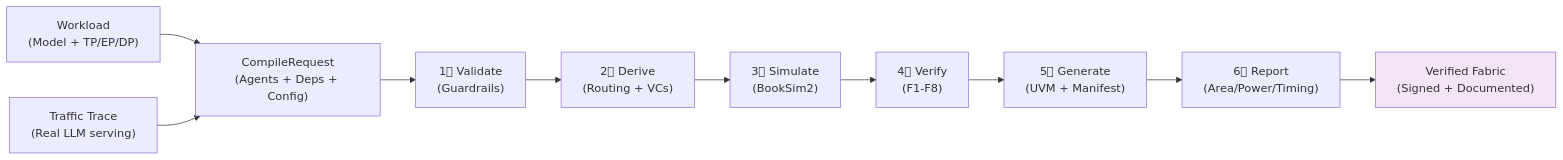
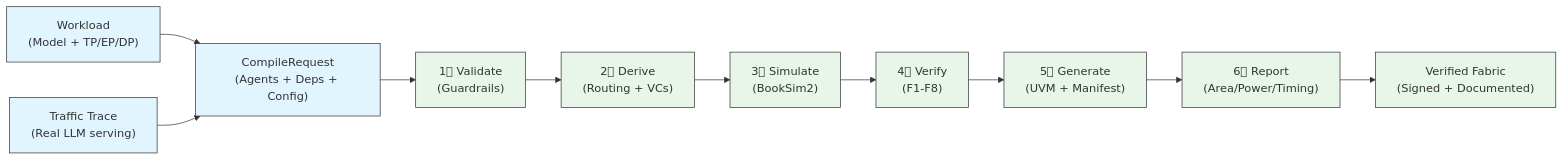
One commit to Anmol-S314/veritx-research changed the first of 17 diagrams in tracks/t3-topology/dse/README.md. Above: the diagram before and after it, drawn with Mermaid. The commit also changed other lines of this file and 1 other file, not shown here.

First line of the commit message:
docs: improve Mermaid diagram styling across all 22 diagrams

````diff
--- a/tracks/t3-topology/dse/README.md
+++ b/tracks/t3-topology/dse/README.md
@@ -92,23 +92,34 @@
 ```mermaid
 flowchart LR
     A["Workload
 (Model + TP/EP/DP)"] --> B["CompileRequest
 (Agents + Deps + Config)"]
     C["Traffic Trace
 (Real LLM serving)"] --> B
     B --> D["1⃣ Validate
 (Guardrails)"]
     D --> E["2⃣ Derive
 (Routing + VCs)"]
     E --> F["3⃣ Simulate
 (BookSim2)"]
     F --> G["4⃣ Verify
 (F1-F8)"]
     G --> H["5⃣ Generate
 (UVM + Manifest)"]
     H --> I["6⃣ Report
 (Area/Power/Timing)"]
     I --> J["Verified Fabric
 (Signed + Documented)"]
-    style J fill:#f3e5f5
+
+    style A fill:#e1f5fe,stroke:#333
+    style B fill:#e1f5fe,stroke:#333
+    style C fill:#e1f5fe,stroke:#333
+    style D fill:#e8f5e9,stroke:#333
+    style E fill:#e8f5e9,stroke:#333
+    style F fill:#e8f5e9,stroke:#333
+    style G fill:#e8f5e9,stroke:#333
+    style H fill:#e8f5e9,stroke:#333
+    style I fill:#e8f5e9,stroke:#333
+    style J fill:#e8f5e9,stroke:#333
+
 ```
````
